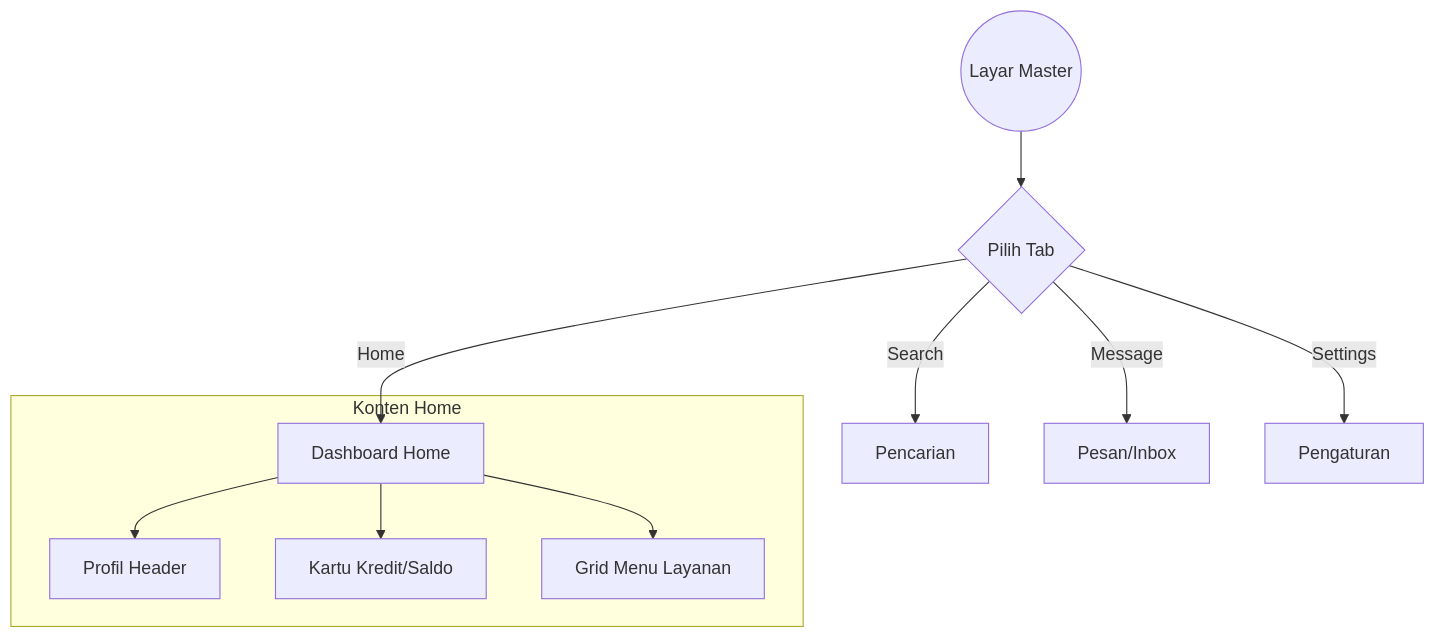
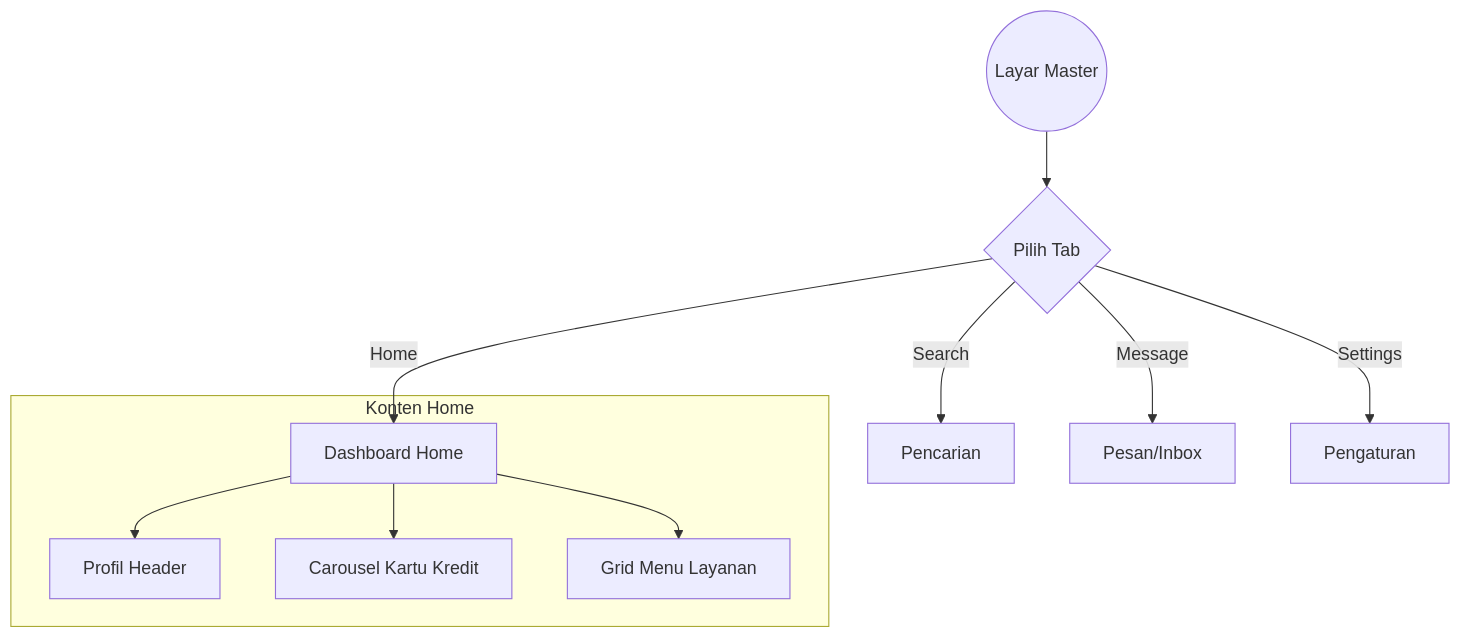
The diagram in docs/docs-feature/master-feature.md (muharifandi/compose-mvi), drawn with Mermaid before and after one commit. The commit also changed other lines of this file and 22 other files, not shown here.

First line of the commit message:
feat(master): implement pixel-perfect vertical card carousel and adaptive responsive dashboard layout

````diff
--- a/docs/docs-feature/master-feature.md
+++ b/docs/docs-feature/master-feature.md
@@ -16,14 +33,14 @@
 ```mermaid
 graph TD
     Entry((Layar Master)) --> TabSelection{Pilih Tab}
     TabSelection -- Home --> HomeView[Dashboard Home]
     TabSelection -- Search --> SearchView[Pencarian]
     TabSelection -- Message --> MessageView[Pesan/Inbox]
     TabSelection -- Settings --> SettingsView[Pengaturan]
     
     subgraph Home_Content [Konten Home]
         HomeView --> Profile[Profil Header]
-        HomeView --> Card[Kartu Kredit/Saldo]
+        HomeView --> Card[Carousel Kartu Kredit]
         HomeView --> Grid[Grid Menu Layanan]
     end
 ```
````
